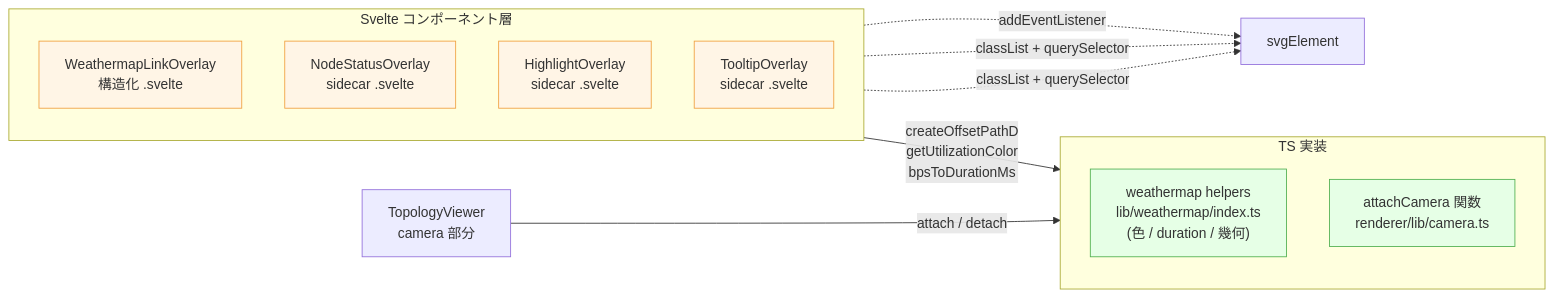
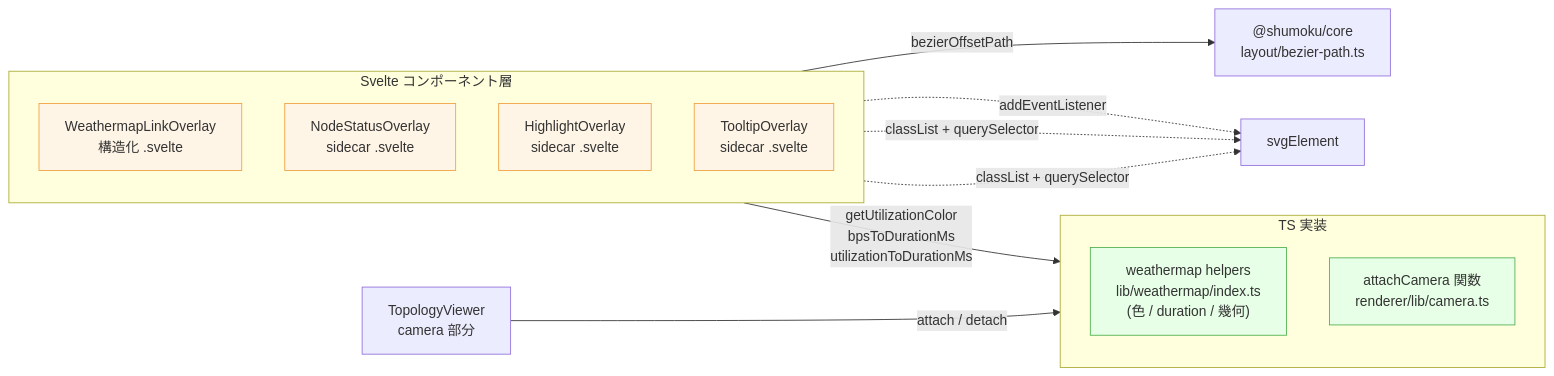
Before and after one commit to konoe-akitoshi/shumoku: the fourth of 6 diagrams in apps/server/docs/topology-rendering.md, drawn with Mermaid. The commit also changed 7 other files, not shown here.

````diff
--- a/apps/server/docs/topology-rendering.md
+++ b/apps/server/docs/topology-rendering.md
@@ -430,27 +430,28 @@
 ```mermaid
 flowchart LR
   subgraph SVELTE["Svelte コンポーネント層"]
     direction TB
     WML["WeathermapLinkOverlay<br/>構造化 .svelte"]
     NSO["NodeStatusOverlay<br/>sidecar .svelte"]
     HLO["HighlightOverlay<br/>sidecar .svelte"]
     TTO["TooltipOverlay<br/>sidecar .svelte"]
   end
 
   subgraph HELPERS["TS 実装"]
     direction TB
     WMG["weathermap helpers<br/>lib/weathermap/index.ts<br/>(色 / duration / 幾何)"]
     CAM["attachCamera 関数<br/>renderer/lib/camera.ts"]
   end
 
-  WML -->|createOffsetPathD<br/>getUtilizationColor<br/>bpsToDurationMs| WMG
+  WML -->|getUtilizationColor<br/>bpsToDurationMs<br/>utilizationToDurationMs| WMG
+  WML -->|bezierOffsetPath| BEZ["@shumoku/core<br/>layout/bezier-path.ts"]
   TTO -. addEventListener .-> SVG[svgElement]
   HLO -. classList + querySelector .-> SVG
   NSO -. classList + querySelector .-> SVG
   TVCAM[TopologyViewer<br/>camera 部分] -->|attach / detach| CAM
 
   classDef svelte fill:#fff5e6,stroke:#f0a040
   classDef ts fill:#e6ffe6,stroke:#50b050
   class WML,NSO,HLO,TTO svelte
   class WMG,CAM ts
 ```
````
